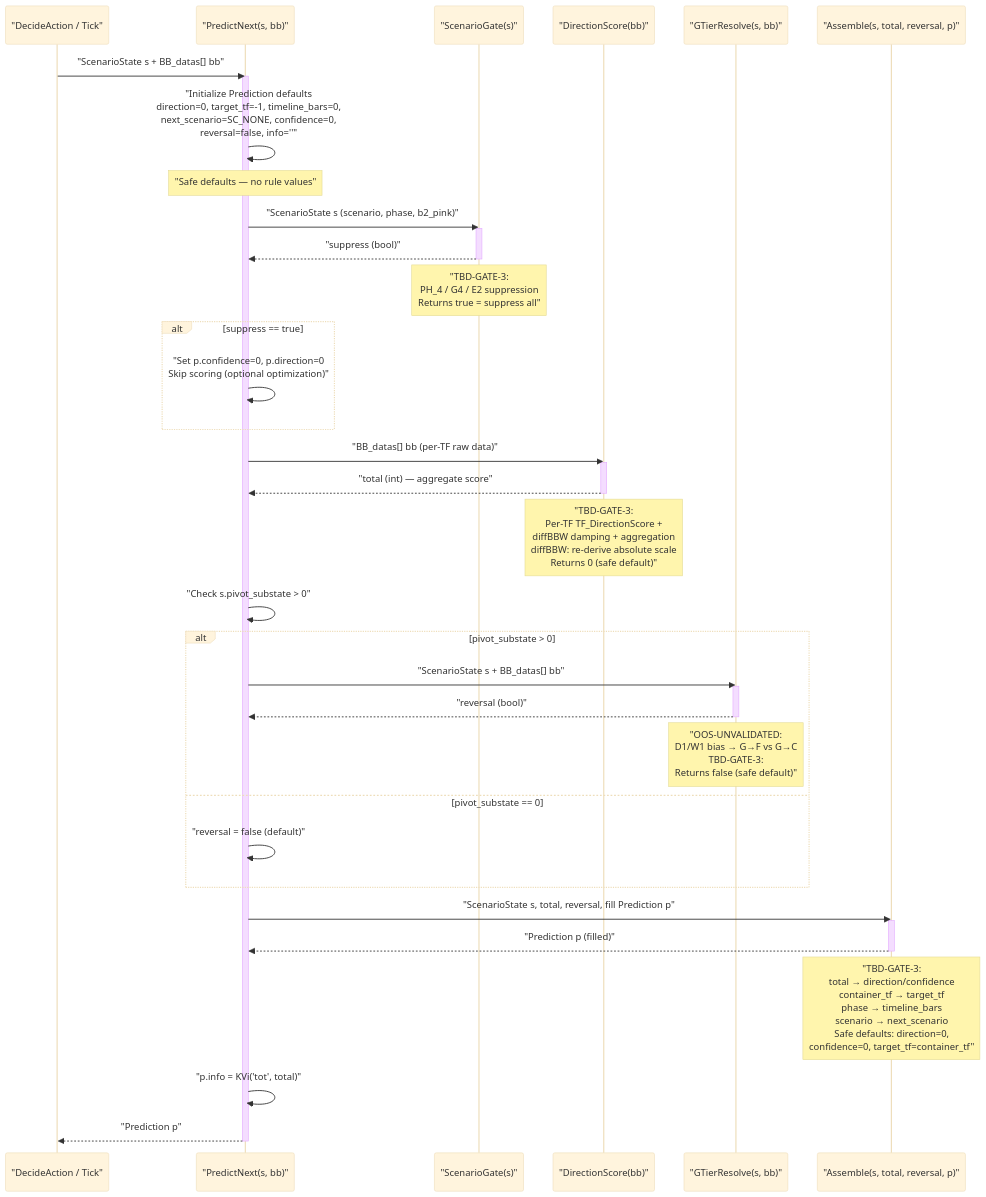
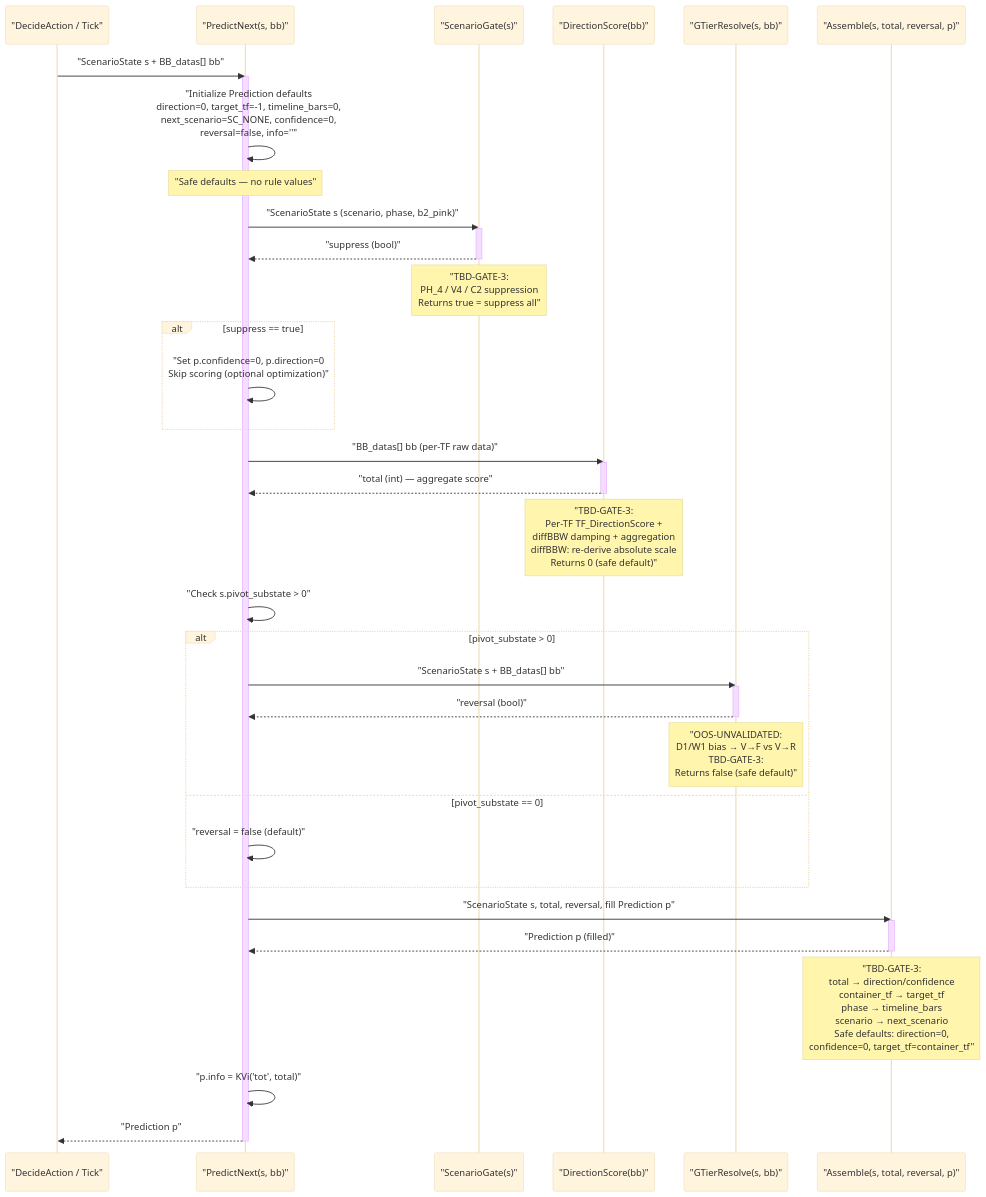
Diagram 11 of 19 in references/ARCHITECTURE.md (Terrypang89/BB_MTF_M15_STRATEGY), drawn with Mermaid (base theme) before and after one commit. The commit also changed other lines of this file and 12 other files, not shown here.

````diff
--- a/references/ARCHITECTURE.md
+++ b/references/ARCHITECTURE.md
@@ -683,54 +683,54 @@
 ```mermaid
 sequenceDiagram
     participant Caller as "DecideAction / Tick"
     participant PNX as "PredictNext(s, bb)"
     participant SG as "ScenarioGate(s)"
     participant DS as "DirectionScore(bb)"
     participant GTR as "GTierResolve(s, bb)"
     participant ASM as "Assemble(s, total, reversal, p)"
 
     Caller->>PNX: "ScenarioState s + BB_datas[] bb"
     activate PNX
 
     PNX->>PNX: "Initialize Prediction defaults<br/>direction=0, target_tf=-1, timeline_bars=0,<br/>next_scenario=SC_NONE, confidence=0,<br/>reversal=false, info=''"
     Note over PNX: "Safe defaults — no rule values"
 
     PNX->>SG: "ScenarioState s (scenario, phase, b2_pink)"
     activate SG
     SG-->>PNX: "suppress (bool)"
     deactivate SG
-    Note over SG: "TBD-GATE-3:<br/>PH_4 / G4 / E2 suppression<br/>Returns true = suppress all"
+    Note over SG: "TBD-GATE-3:<br/>PH_4 / V4 / C2 suppression<br/>Returns true = suppress all"
 
     alt suppress == true
         PNX->>PNX: "Set p.confidence=0, p.direction=0<br/>Skip scoring (optional optimization)"
     end
 
     PNX->>DS: "BB_datas[] bb (per-TF raw data)"
     activate DS
     DS-->>PNX: "total (int) — aggregate score"
     deactivate DS
     Note over DS: "TBD-GATE-3:<br/>Per-TF TF_DirectionScore +<br/>diffBBW damping + aggregation<br/>diffBBW: re-derive absolute scale<br/>Returns 0 (safe default)"
 
     PNX->>PNX: "Check s.pivot_substate > 0"
 
     alt pivot_substate > 0
         PNX->>GTR: "ScenarioState s + BB_datas[] bb"
         activate GTR
         GTR-->>PNX: "reversal (bool)"
         deactivate GTR
-        Note over GTR: "OOS-UNVALIDATED:<br/>D1/W1 bias → G→F vs G→C<br/>TBD-GATE-3:<br/>Returns false (safe default)"
+        Note over GTR: "OOS-UNVALIDATED:<br/>D1/W1 bias → V→F vs V→R<br/>TBD-GATE-3:<br/>Returns false (safe default)"
     else pivot_substate == 0
         PNX->>PNX: "reversal = false (default)"
     end
 
     PNX->>ASM: "ScenarioState s, total, reversal, fill Prediction p"
     activate ASM
     ASM-->>PNX: "Prediction p (filled)"
     deactivate ASM
     Note over ASM: "TBD-GATE-3:<br/>total → direction/confidence<br/>container_tf → target_tf<br/>phase → timeline_bars<br/>scenario → next_scenario<br/>Safe defaults: direction=0,<br/>confidence=0, target_tf=container_tf"
 
     PNX->>PNX: "p.info = KVi('tot', total)"
 
     PNX-->>Caller: "Prediction p"
     deactivate PNX
 ```
````
